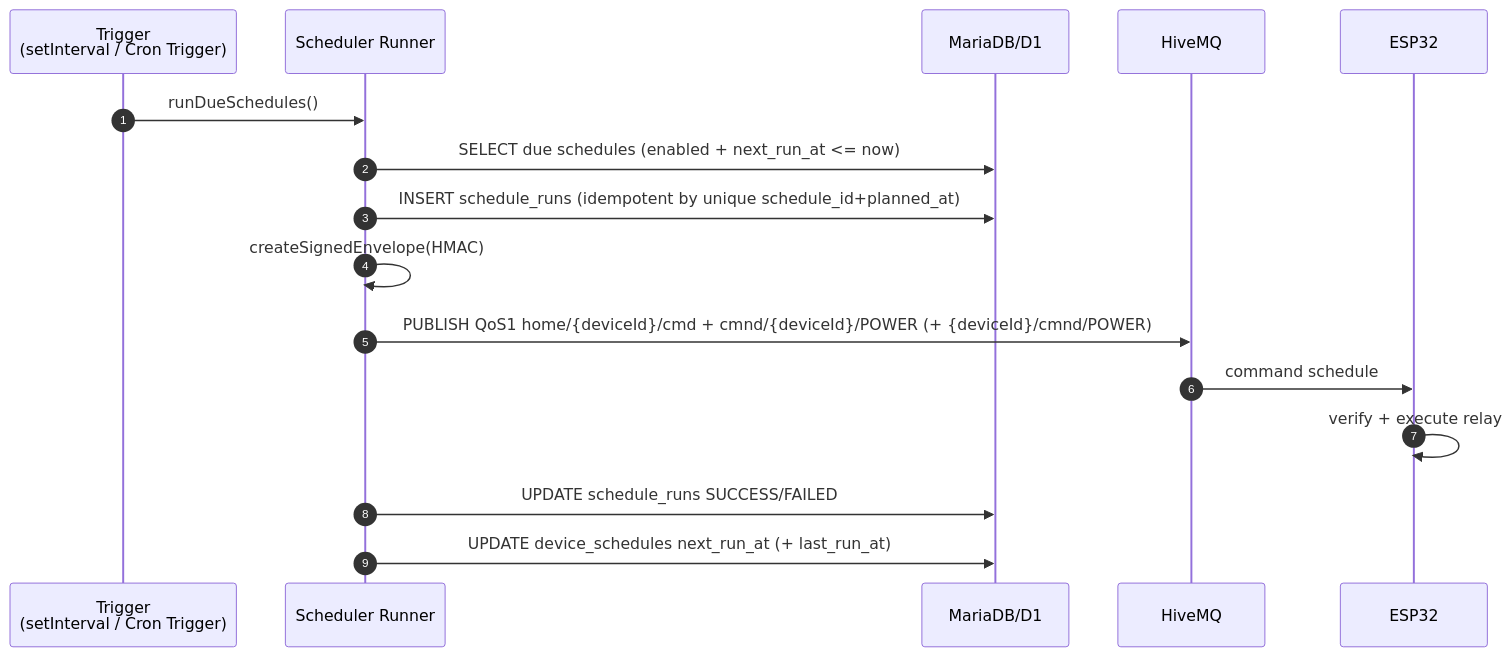
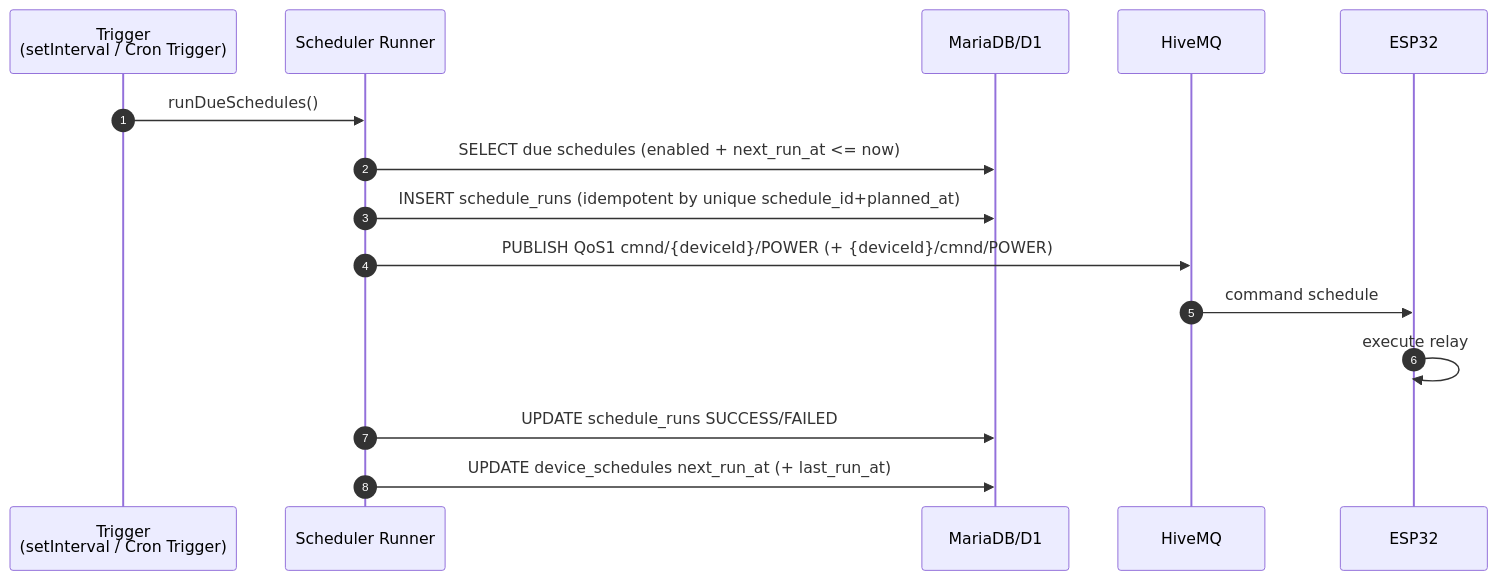
The fifth of 6 diagrams in docs/Diagram_Arsitektur_Ekosistem_SmartLamp.md (afaavimala/Lampu-PIntar-Rumah-Tangga), drawn with Mermaid before and after one commit. The commit also changed other lines of this file and 54 other files, not shown here.

````diff
--- a/docs/Diagram_Arsitektur_Ekosistem_SmartLamp.md
+++ b/docs/Diagram_Arsitektur_Ekosistem_SmartLamp.md
@@ -202,19 +194,18 @@
 ```mermaid
 sequenceDiagram
   autonumber
   participant T as Trigger<br/>(setInterval / Cron Trigger)
   participant SCH as Scheduler Runner
   participant DB as MariaDB/D1
   participant MQ as HiveMQ
   participant ESP as ESP32
 
   T->>SCH: runDueSchedules()
   SCH->>DB: SELECT due schedules (enabled + next_run_at <= now)
   SCH->>DB: INSERT schedule_runs (idempotent by unique schedule_id+planned_at)
-  SCH->>SCH: createSignedEnvelope(HMAC)
-  SCH->>MQ: PUBLISH QoS1 home/{deviceId}/cmd + cmnd/{deviceId}/POWER (+ {deviceId}/cmnd/POWER)
+  SCH->>MQ: PUBLISH QoS1 cmnd/{deviceId}/POWER (+ {deviceId}/cmnd/POWER)
   MQ->>ESP: command schedule
-  ESP->>ESP: verify + execute relay
+  ESP->>ESP: execute relay
   SCH->>DB: UPDATE schedule_runs SUCCESS/FAILED
   SCH->>DB: UPDATE device_schedules next_run_at (+ last_run_at)
 ```
````
